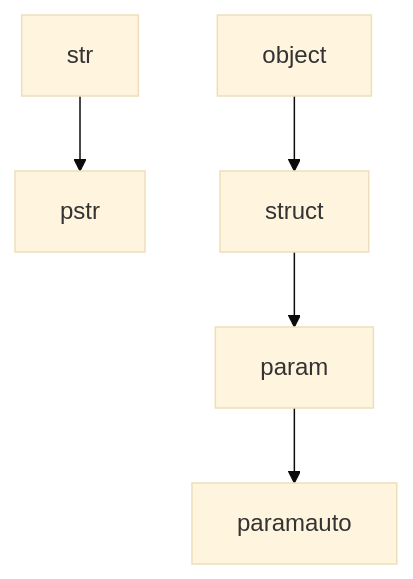
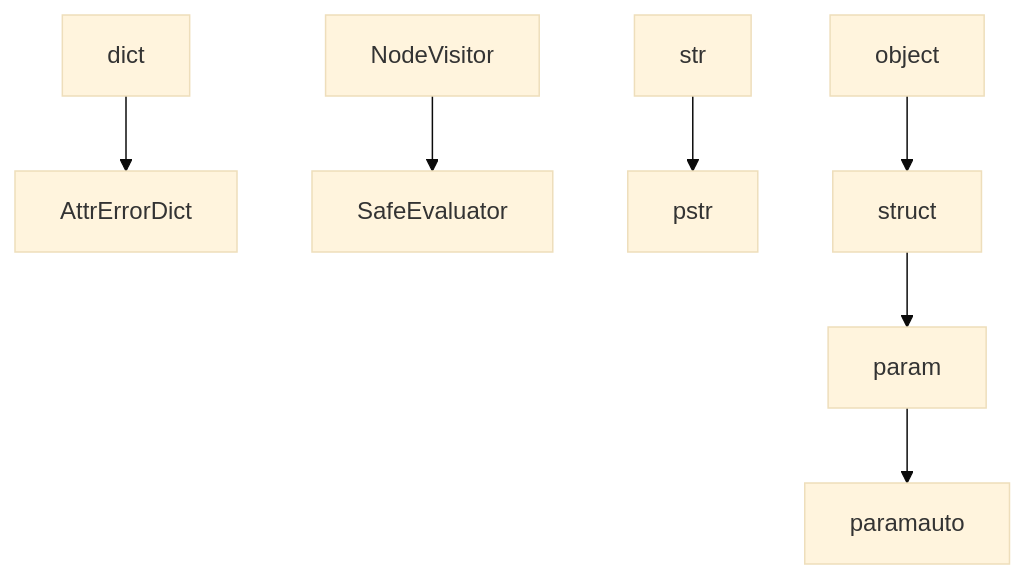
One commit to ovitrac/Pizza3 changed diagram 16 of 19 in docs/pizza_classes_documentation.md. Above: the diagram before and after it, drawn with Mermaid (base theme). The commit also changed other lines of this file and 31 other files, not shown here.

````diff
--- a/docs/pizza_classes_documentation.md
+++ b/docs/pizza_classes_documentation.md
@@ -1379,11 +1374,15 @@
 ```mermaid
 graph TD;
+AttrErrorDict
+SafeEvaluator
 param
 paramauto
 pstr
 struct
+NodeVisitor --> SafeEvaluator
+dict --> AttrErrorDict
 object --> struct
 param --> paramauto
 str --> pstr
 struct --> param
 ```
````
